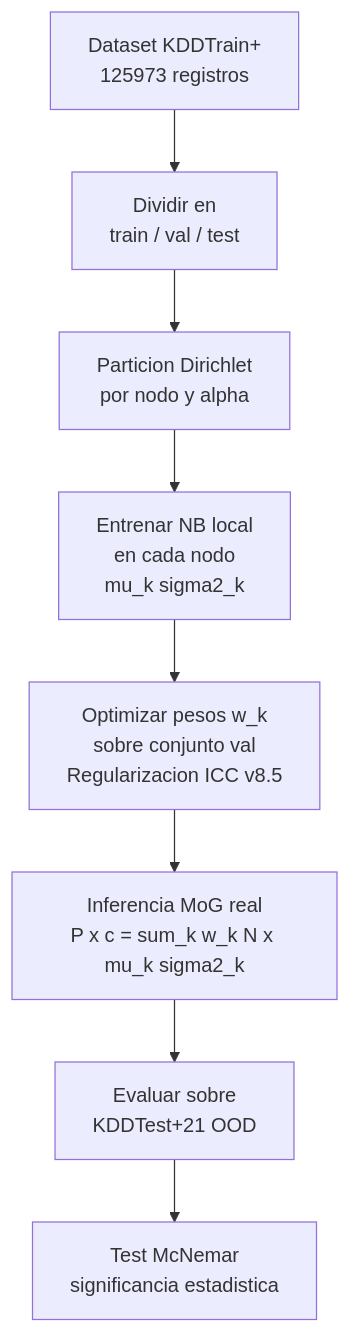
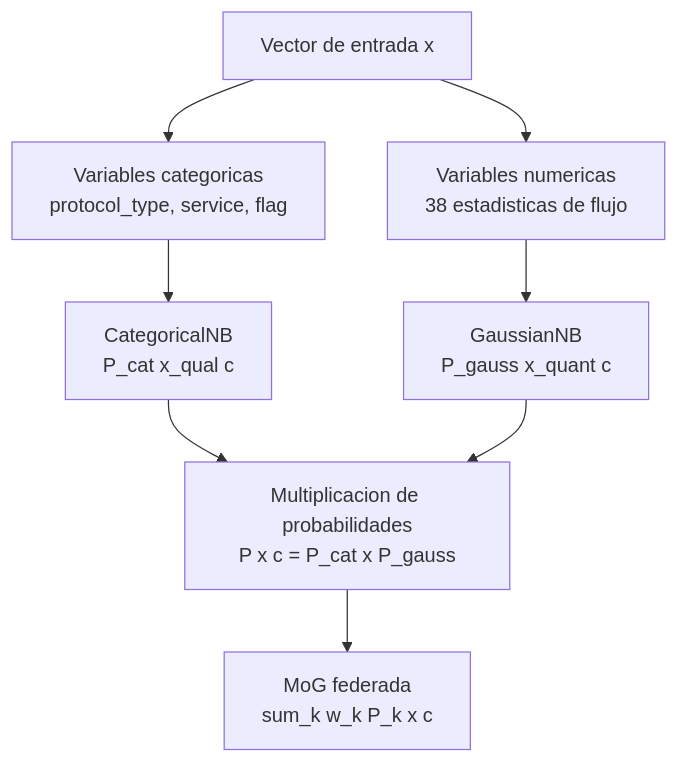
The second of 2 diagrams in README.md (eoherrera/NB_Federado_Ejercicio_Doctoral_UMA), drawn with Mermaid before and after one commit. The commit also changed other lines of this file and 1 other file, not shown here.

````diff
--- a/README.md
+++ b/README.md
@@ -67,10 +84,10 @@
 ```mermaid
 graph TD
-    A[Dataset KDDTrain+<br/>125973 registros] --> B[Dividir en<br/>train / val / test]
-    B --> C[Particion Dirichlet<br/>por nodo y alpha]
-    C --> D[Entrenar NB local<br/>en cada nodo<br/>mu_k sigma2_k]
-    D --> E[Optimizar pesos w_k<br/>sobre conjunto val<br/>Regularizacion ICC v8.5]
-    E --> F[Inferencia MoG real<br/>P x c = sum_k w_k N x mu_k sigma2_k]
-    F --> G[Evaluar sobre<br/>KDDTest+21 OOD]
-    G --> H[Test McNemar<br/>significancia estadistica]
+    A[Vector de entrada x] --> B[Variables categoricas<br/>protocol_type, service, flag]
+    A --> C[Variables numericas<br/>38 estadisticas de flujo]
+    B --> D[CategoricalNB<br/>P_cat x_qual c]
+    C --> E[GaussianNB<br/>P_gauss x_quant c]
+    D --> F[Multiplicacion de probabilidades<br/>P x c = P_cat x P_gauss]
+    E --> F
+    F --> G[MoG federada<br/>sum_k w_k P_k x c]
 ```
````
